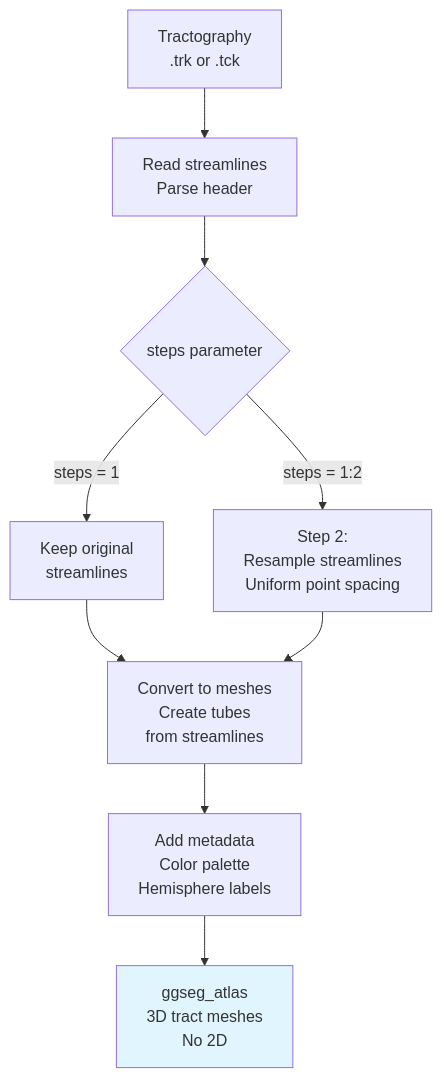
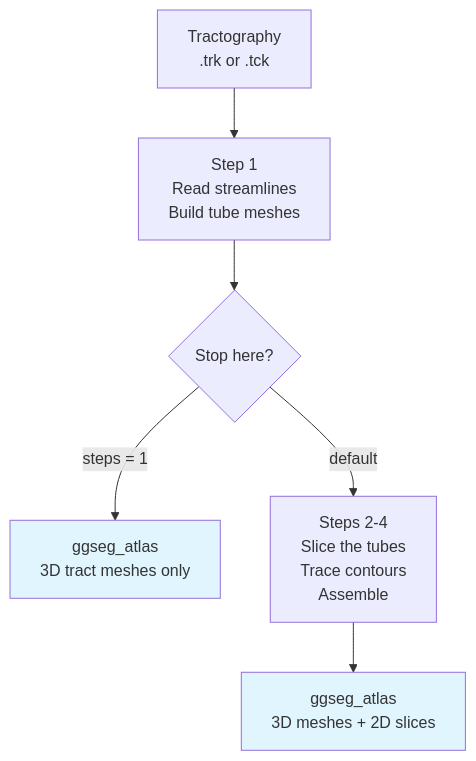
The fifth of 6 diagrams in vignettes/atlas-workflows.qmd (ggsegverse/ggseg.extra), drawn with Mermaid before and after one commit. The commit also changed other lines of this file and 27 other files, not shown here.

````diff
--- a/vignettes/atlas-workflows.qmd
+++ b/vignettes/atlas-workflows.qmd
@@ -157,19 +166,15 @@
 ```{mermaid}
 %%| label: fig-tracts
 %%| fig-width: 10
 %%| fig-cap: "White matter tract atlas pipeline"
-%%| fig-alt: "Flowchart showing tractography file processing with optional streamline resampling, converting streamlines to tube meshes and producing 3D-only tract atlas output"
+%%| fig-alt: "Flowchart showing tractography file processing: step 1 reads streamlines and builds tube meshes, then either stopping there for a 3D-only tract atlas or continuing through steps 2 to 4 to slice the tubes, trace contours and assemble an atlas with both 3D meshes and 2D slices"
 flowchart TB
-    A[Tractography<br/>.trk or .tck] --> B[Read streamlines<br/>Parse header]
-    B --> C{steps parameter}
-    C -->|steps = 1| D[Keep original<br/>streamlines]
-    C -->|steps = 1:2| E[Step 2:<br/>Resample streamlines<br/>Uniform point spacing]
-
-    D --> F[Convert to meshes<br/>Create tubes<br/>from streamlines]
-    E --> F
-
-    F --> G[Add metadata<br/>Color palette<br/>Hemisphere labels]
-    G --> H[ggseg_atlas<br/>3D tract meshes<br/>No 2D]
+    A[Tractography<br/>.trk or .tck] --> B["Step 1<br/>Read streamlines<br/>Build tube meshes"]
+    B --> C{Stop here?}
+    C -->|steps = 1| H2[ggseg_atlas<br/>3D tract meshes only]
+    C -->|default| S["Steps 2-4<br/>Slice the tubes<br/>Trace contours<br/>Assemble"]
+    S --> H[ggseg_atlas<br/>3D meshes + 2D slices]
 
     style H fill:#e1f5ff
+    style H2 fill:#e1f5ff
 ```
````
